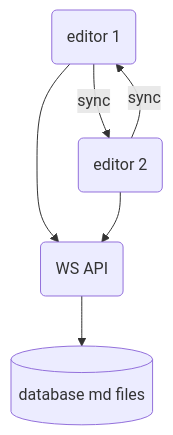
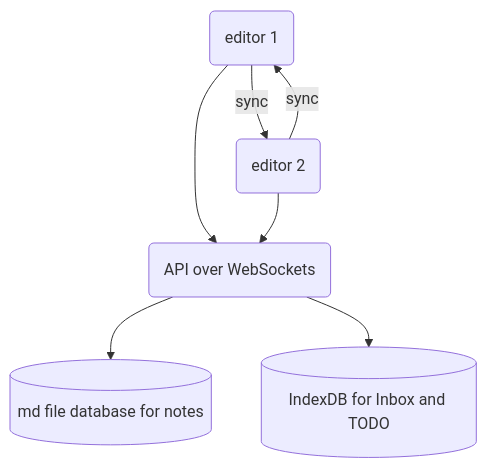
The second of 2 diagrams in search-ui/README.md (janaka/osobisty-search), drawn with Mermaid before and after one commit. The commit also changed other lines of this file and 2 other files, not shown here.

Commit message:
Clean up - remove the editor-ui folder becuaser we aren't doing that separate. - update the README to capture highlevel architecture.

````diff
--- a/search-ui/README.md
+++ b/search-ui/README.md
@@ -42,8 +58,9 @@
 ```mermaid
 flowchart TD;
     browser1(editor 1)--sync-->browser2;
     browser2(editor 2)--sync-->browser1;
     browser1-->api1;
     browser2-->api1;
-    api1(WS API )-->db1[(database md files)];
+    api1(API over WebSockets)-->db1[(md file database for notes)];
+    api1-->db2[(IndexDB for Inbox and TODO)];
 ```
````
